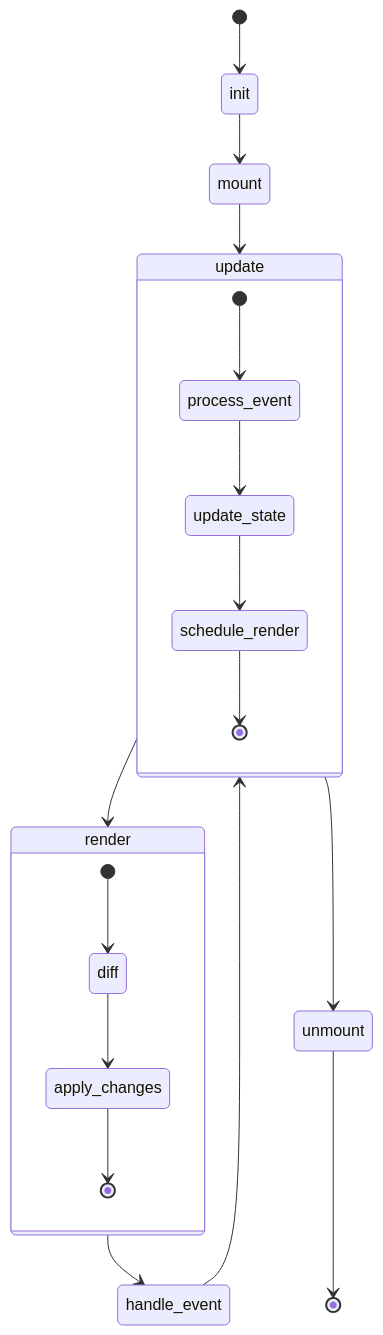
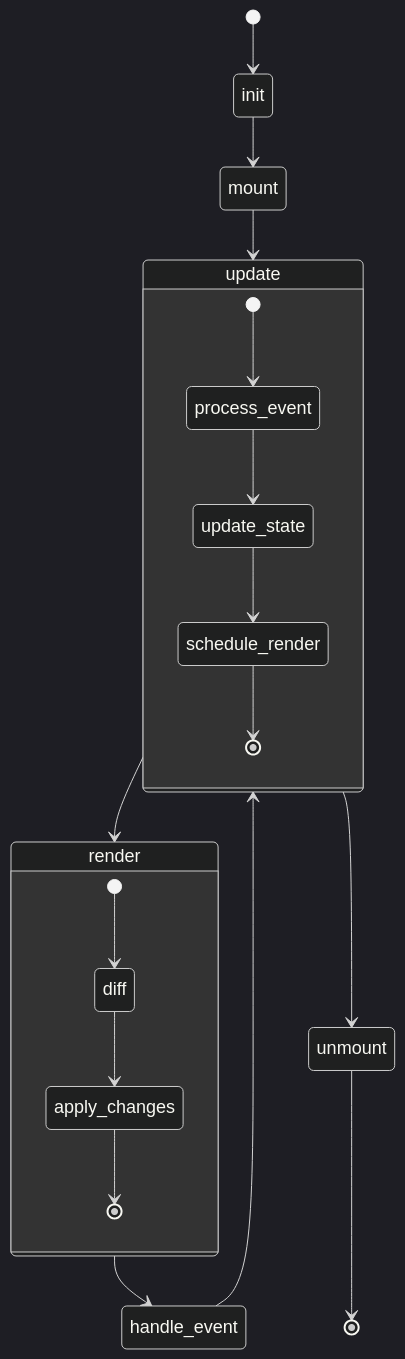
Before and after one commit to Hydepwns/raxol: the third of 5 diagrams in docs/ARCHITECTURE.md, drawn with Mermaid. The commit also changed other lines of this file and 1 other file, not shown here.

````diff
--- a/docs/ARCHITECTURE.md
+++ b/docs/ARCHITECTURE.md
@@ -185,24 +179,25 @@
 ```mermaid
+%%{init: { 'theme': 'dark', 'themeVariables': { 'fontSize': '18px', 'fontFamily': 'Inter, Arial, sans-serif', 'primaryColor': '#22223b', 'primaryTextColor': '#f8f8f2', 'primaryBorderColor': '#f8f8f2', 'lineColor': '#f8f8f2', 'edgeLabelBackground':'#22223b', 'clusterBkg':'#2a2a40', 'clusterBorder':'#f8f8f2' } } }%%
 stateDiagram-v2
     [*] --> init
     init --> mount
     mount --> update
     update --> render
     render --> handle_event
     handle_event --> update
     update --> unmount
     unmount --> [*]
 
     state update {
         [*] --> process_event
         process_event --> update_state
         update_state --> schedule_render
         schedule_render --> [*]
     }
 
     state render {
         [*] --> diff
         diff --> apply_changes
         apply_changes --> [*]
     }
 ```
````
